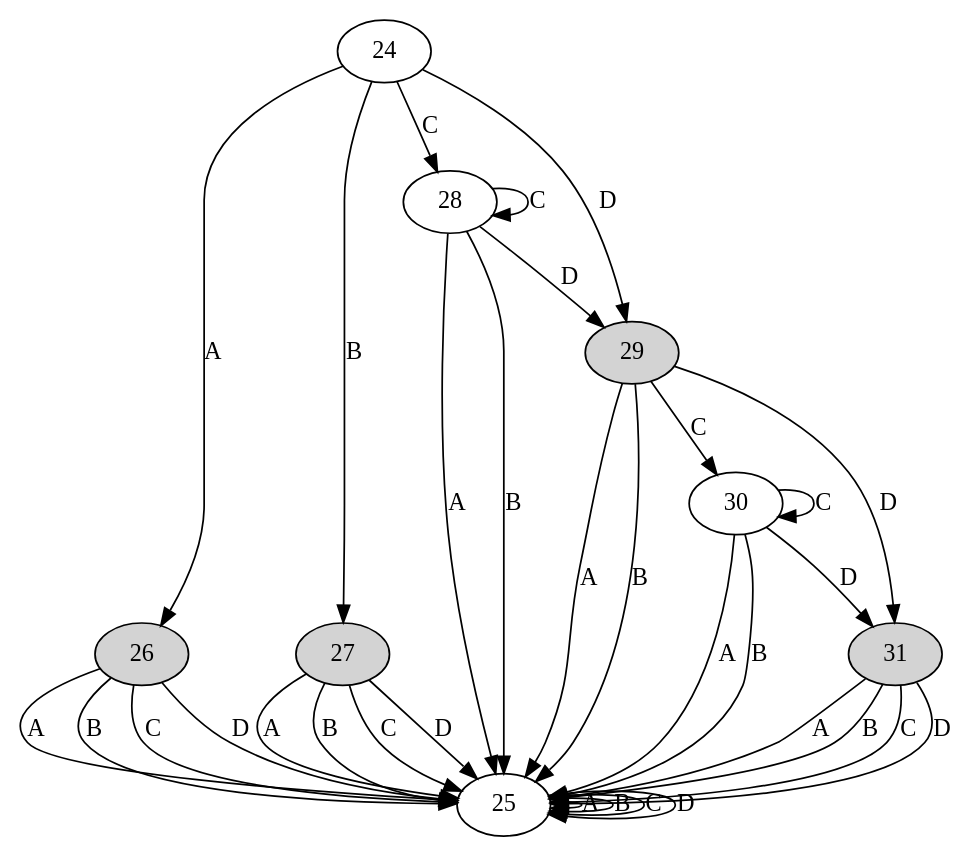
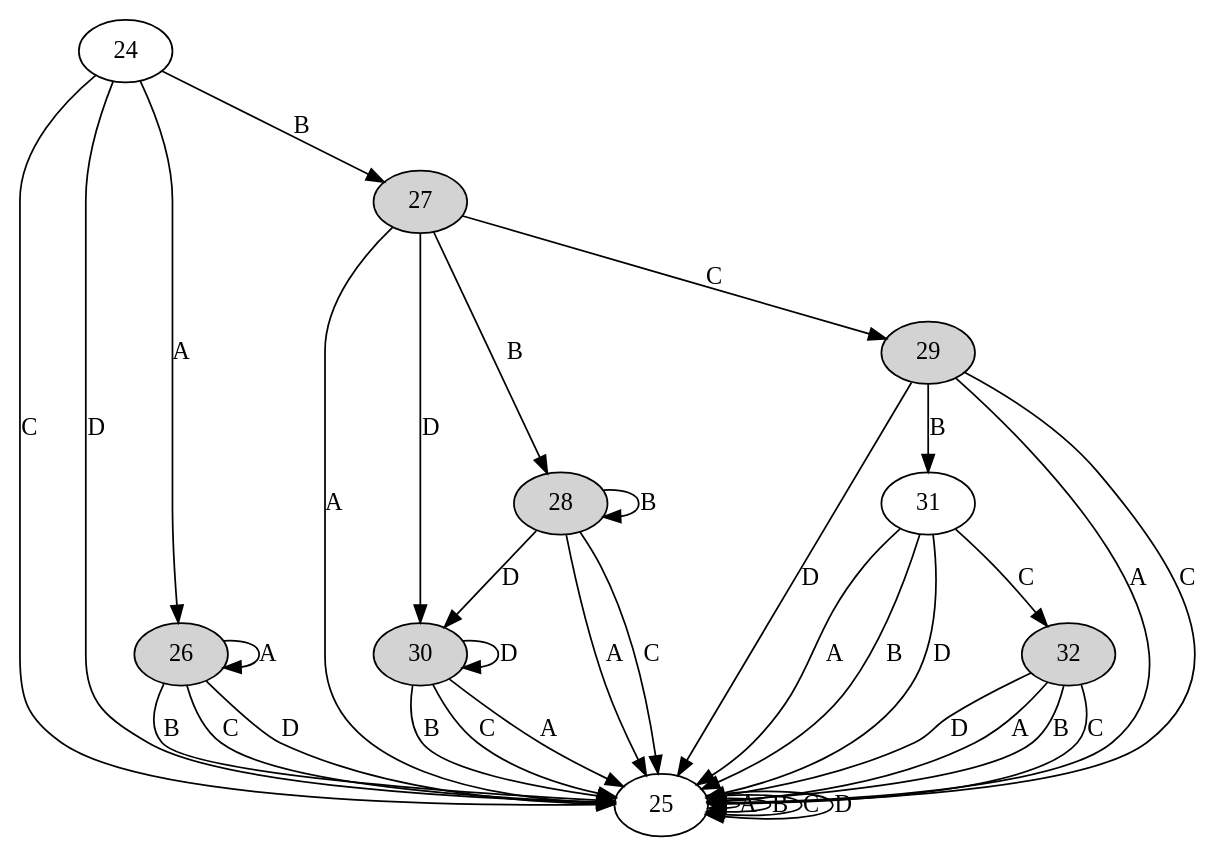
Before and after one commit to MitchLira/FEUP-COMP: the diagram in dotsource.dot, drawn with Graphviz. The commit also changed 20 other files, not shown here.

```diff
--- a/dotsource.dot
+++ b/dotsource.dot
@@ -1,2 +1,2 @@
 digraph G {
-24->26[label=A];24->27[label=B];24->28[label=C];24->29[label=D];25->25[label=A];25->25[label=B];25->25[label=C];25->25[label=D];26[style=filled]26->25[label=A];26->25[label=B];26->25[label=C];26->25[label=D];27[style=filled]27->25[label=A];27->25[label=B];27->25[label=C];27->25[label=D];28->25[label=A];28->25[label=B];28->28[label=C];28->29[label=D];29[style=filled]29->25[label=A];29->25[label=B];29->30[label=C];29->31[label=D];30->25[label=A];30->25[label=B];30->30[label=C];30->31[label=D];31[style=filled]31->25[label=A];31->25[label=B];31->25[label=C];31->25[label=D];}
+32[style=filled]32->25[label=A];32->25[label=B];32->25[label=C];32->25[label=D];24->26[label=A];24->27[label=B];24->25[label=C];24->25[label=D];25->25[label=A];25->25[label=B];25->25[label=C];25->25[label=D];26[style=filled]26->26[label=A];26->25[label=B];26->25[label=C];26->25[label=D];27[style=filled]27->25[label=A];27->28[label=B];27->29[label=C];27->30[label=D];28[style=filled]28->25[label=A];28->28[label=B];28->25[label=C];28->30[label=D];29[style=filled]29->25[label=A];29->31[label=B];29->25[label=C];29->25[label=D];30[style=filled]30->25[label=A];30->25[label=B];30->25[label=C];30->30[label=D];31->25[label=A];31->25[label=B];31->32[label=C];31->25[label=D];}
```
